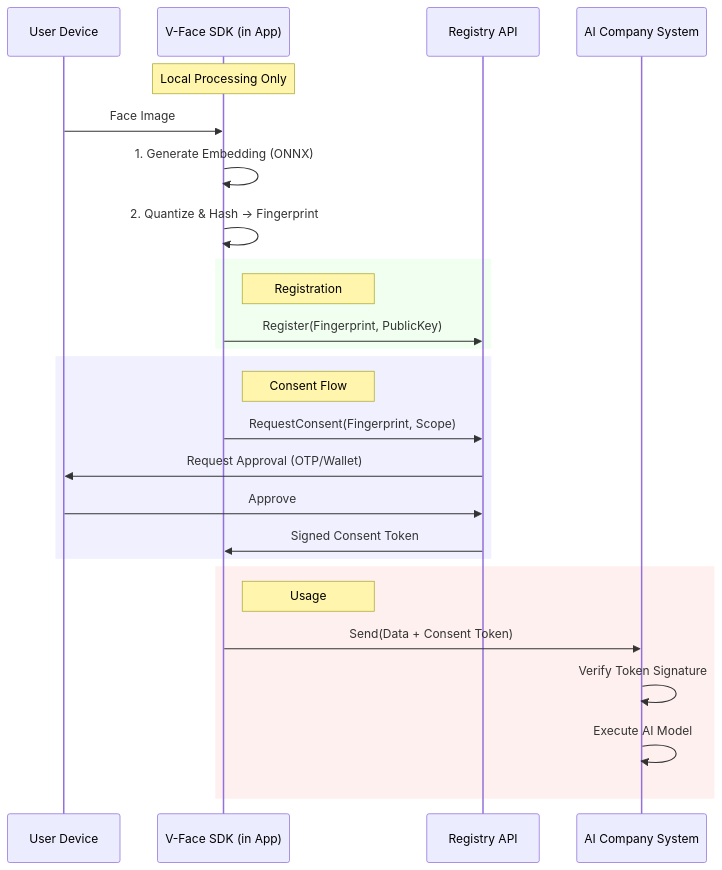
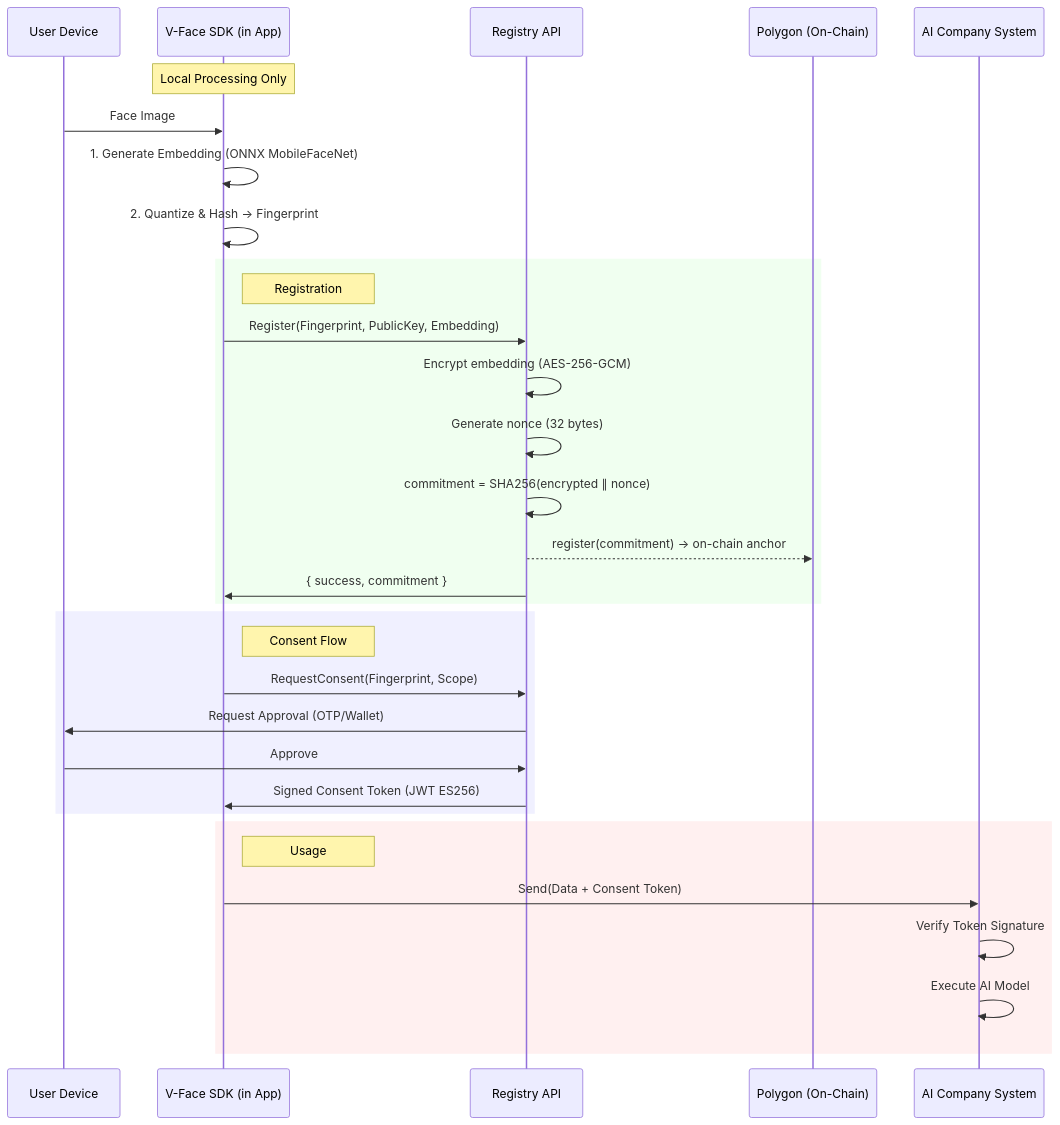
One commit to nytdevansh/V-Face changed the diagram in docs/architecture.md. Above: the diagram before and after it, drawn with Mermaid. The commit also changed other lines of this file and 16 other files, not shown here.

````diff
--- a/docs/architecture.md
+++ b/docs/architecture.md
@@ -8,32 +10,38 @@
 ```mermaid
 sequenceDiagram
     participant User as User Device
     participant SDK as V-Face SDK (in App)
     participant Registry as Registry API
+    participant Chain as Polygon (On-Chain)
     participant LLM as AI Company System
 
     Note over SDK: Local Processing Only
     User->>SDK: Face Image
-    SDK->>SDK: 1. Generate Embedding (ONNX)
-    SDK->>SDK: 2. Quantize & Hash -> Fingerprint
+    SDK->>SDK: 1. Generate Embedding (ONNX MobileFaceNet)
+    SDK->>SDK: 2. Quantize & Hash → Fingerprint
     
     rect rgb(240, 255, 240)
         Note right of SDK: Registration
-        SDK->>Registry: Register(Fingerprint, PublicKey)
+        SDK->>Registry: Register(Fingerprint, PublicKey, Embedding)
+        Registry->>Registry: Encrypt embedding (AES-256-GCM)
+        Registry->>Registry: Generate nonce (32 bytes)
+        Registry->>Registry: commitment = SHA256(encrypted ∥ nonce)
+        Registry-->>Chain: register(commitment) → on-chain anchor
+        Registry->>SDK: { success, commitment }
     end
 
     rect rgb(240, 240, 255)
         Note right of SDK: Consent Flow
         SDK->>Registry: RequestConsent(Fingerprint, Scope)
         Registry->>User: Request Approval (OTP/Wallet)
         User->>Registry: Approve
-        Registry->>SDK: Signed Consent Token
+        Registry->>SDK: Signed Consent Token (JWT ES256)
     end
 
     rect rgb(255, 240, 240)
         Note right of SDK: Usage
         SDK->>LLM: Send(Data + Consent Token)
         LLM->>LLM: Verify Token Signature
         LLM->>LLM: Execute AI Model
     end
 ```
````
